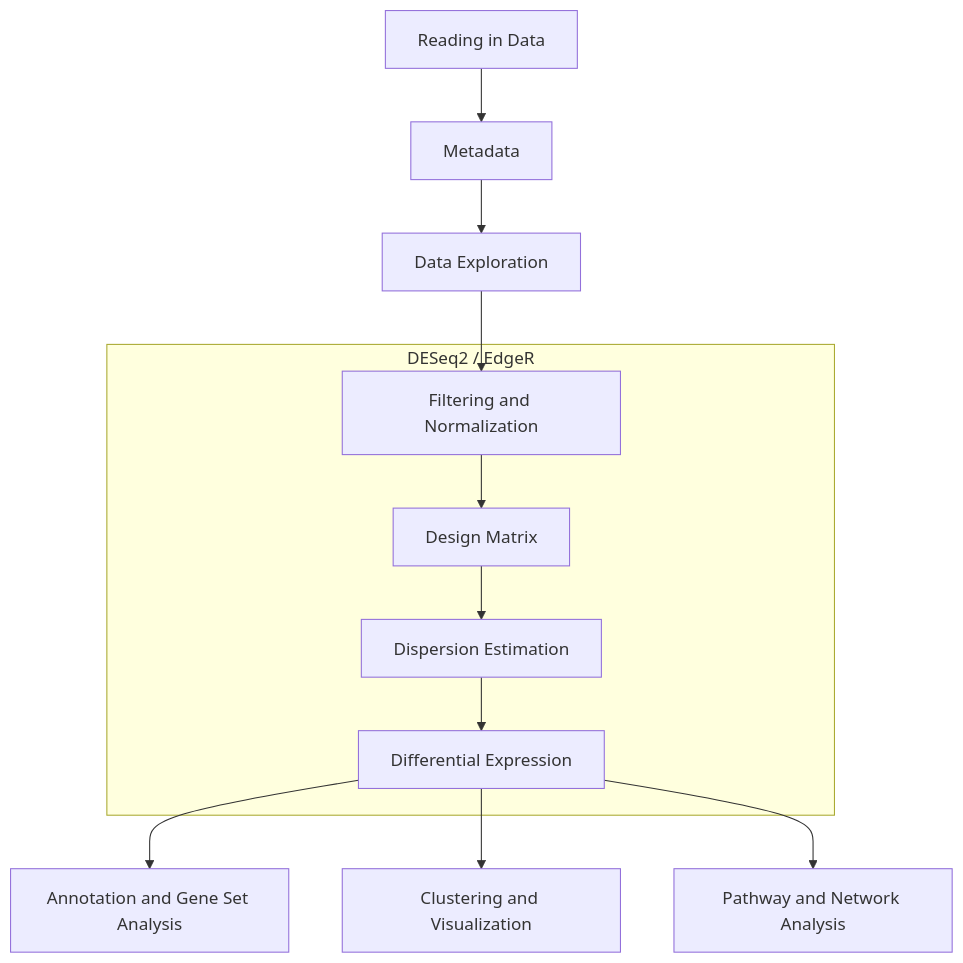
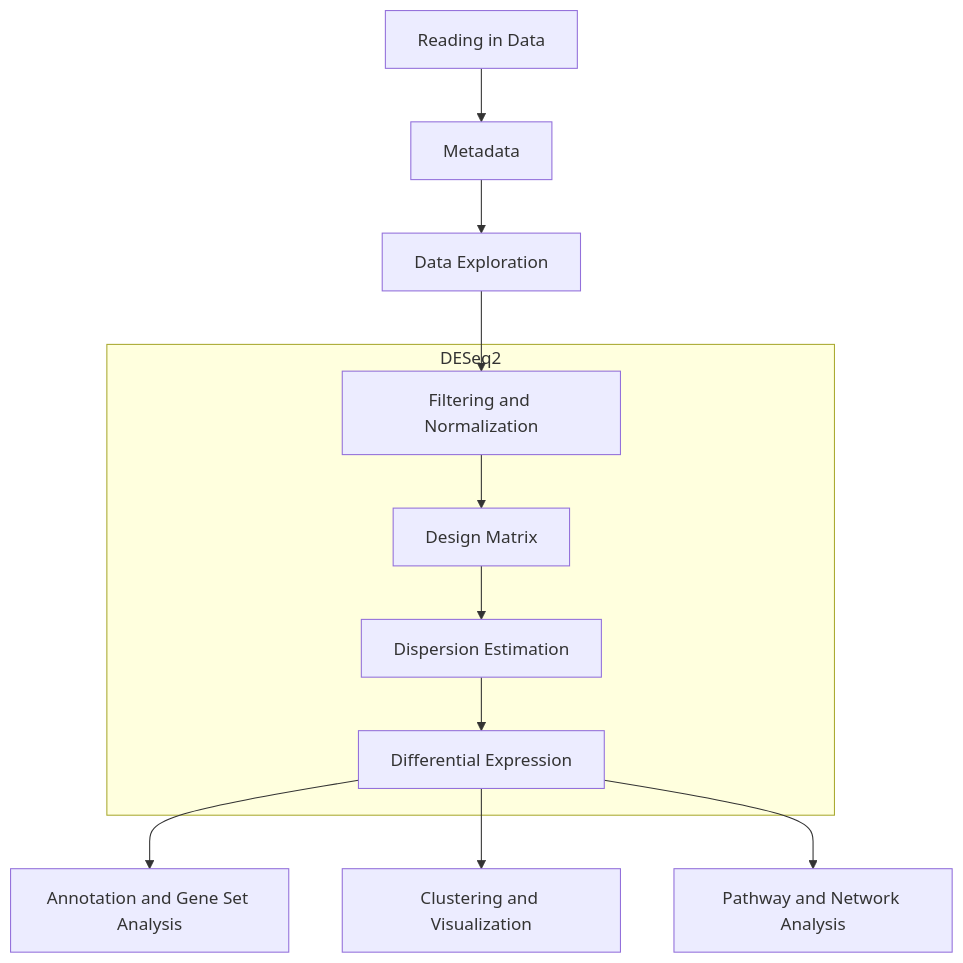
One commit to fhdsl/bioconductor_genomics changed the diagram in 03-differential-expression.qmd. Above: the diagram before and after it, drawn with Mermaid. The commit also changed other lines of this file and 1 other file, not shown here.

````diff
--- a/03-differential-expression.qmd
+++ b/03-differential-expression.qmd
@@ -122,15 +102,15 @@
 ```{mermaid}
 graph TD
 A[Reading in Data] --> B
 B[Metadata] --> C
 C[Data Exploration] --> D
-subgraph "DESeq2 / EdgeR"
+subgraph "DESeq2"
 D[Filtering and Normalization] --> E
 E[Design Matrix] --> F
 F[Dispersion Estimation] --> G
 G[Differential Expression]
 end
 G --> H[Annotation and Gene Set Analysis]
 G --> I[Clustering and Visualization]
 G --> J[Pathway and Network Analysis]
 ```
````
